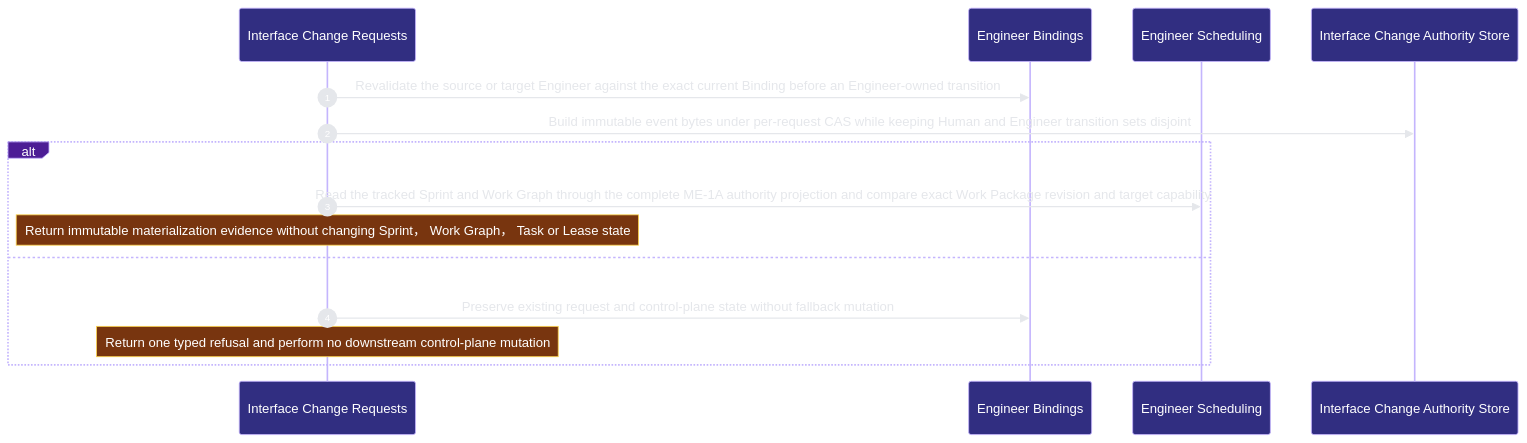
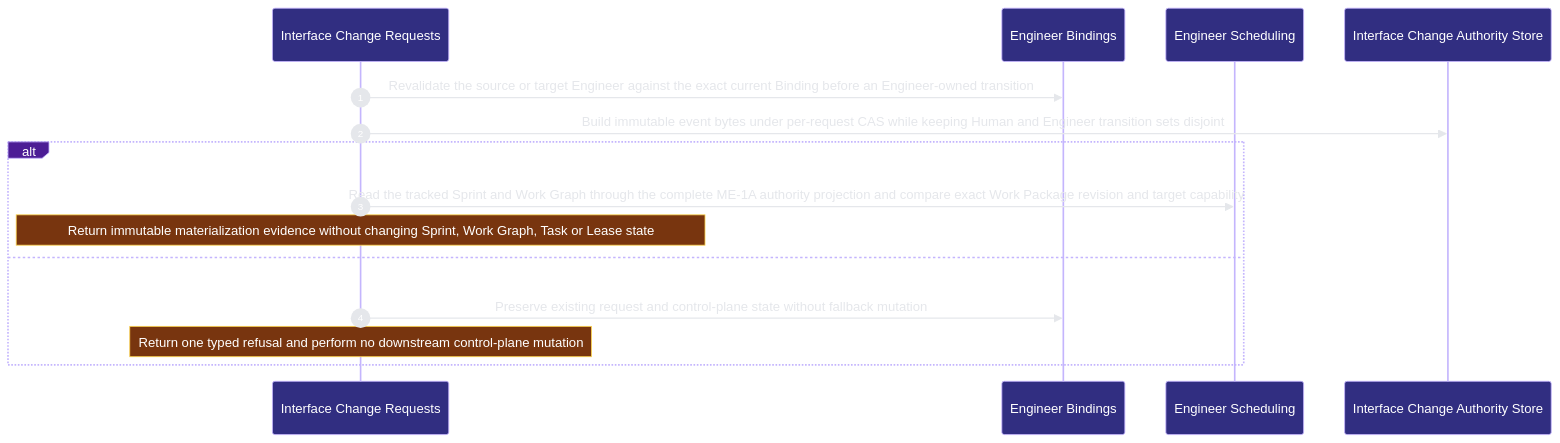
The second of 2 diagrams in docs/architecture/modules/runtime-harness/interface-change.md (Ancienttwo/repo-harness), drawn with Mermaid before and after one commit. The commit also changed other lines of this file and 46 other files, not shown here.

First line of the commit message:
docs(architecture): re-project the architecture docs with archctx 0.7.1

````diff
--- a/docs/architecture/modules/runtime-harness/interface-change.md
+++ b/docs/architecture/modules/runtime-harness/interface-change.md
@@ -69,18 +84,18 @@
 ```mermaid
 %%{init: {"theme":"base","themeVariables":{"background":"#0d1117","actorBkg":"#312e81","actorBorder":"#c4b5fd","actorTextColor":"#ffffff","signalColor":"#e5e7eb","signalTextColor":"#e5e7eb","labelBoxBkgColor":"#4c1d95","labelBoxBorderColor":"#c4b5fd","labelTextColor":"#ffffff","noteBkgColor":"#78350f","noteBorderColor":"#fcd34d","noteTextColor":"#ffffff","sequenceNumberColor":"#ffffff"}}}%%
 sequenceDiagram
   autonumber
   participant p2_interface_change_07dfc7ca as Interface Change Requests
   participant p2_engineer_bindings_4e9749d0 as Engineer Bindings
   participant p2_engineer_scheduling_873d6e50 as Engineer Scheduling
   participant p2_interface_store_f8f9b407 as Interface Change Authority Store
   p2_interface_change_07dfc7ca->>p2_engineer_bindings_4e9749d0: Revalidate the source or target Engineer against the exact current Binding before an Engineer-owned transition
   p2_interface_change_07dfc7ca->>p2_interface_store_f8f9b407: Build immutable event bytes under per-request CAS while keeping Human and Engineer transition sets disjoint
   alt The target Engineer proves the accepted Work Package exists at one exact Git commit
   p2_interface_change_07dfc7ca->>p2_engineer_scheduling_873d6e50: Read the tracked Sprint and Work Graph through the complete ME-1A authority projection and compare exact Work Package revision and target capability
-    Note over p2_interface_change_07dfc7ca: Return immutable materialization evidence without changing Sprint， Work Graph， Task or Lease state
-  else Stale CAS， actor mismatch， invalid transition or inexact materialization fails closed
+    Note over p2_interface_change_07dfc7ca: Return immutable materialization evidence without changing Sprint#44; Work Graph#44; Task or Lease state
+  else Stale CAS#44; actor mismatch#44; invalid transition or inexact materialization fails closed
   p2_interface_change_07dfc7ca->>p2_engineer_bindings_4e9749d0: Preserve existing request and control-plane state without fallback mutation
     Note over p2_interface_change_07dfc7ca: Return one typed refusal and perform no downstream control-plane mutation
   end
 ```
````
